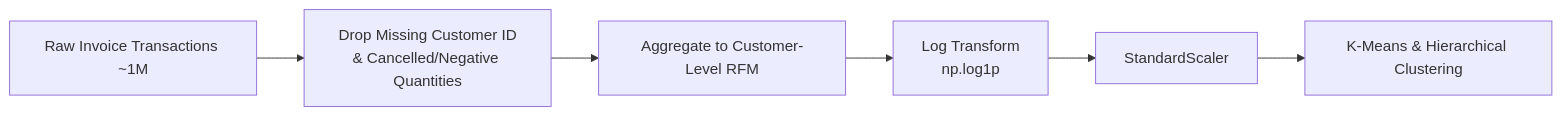
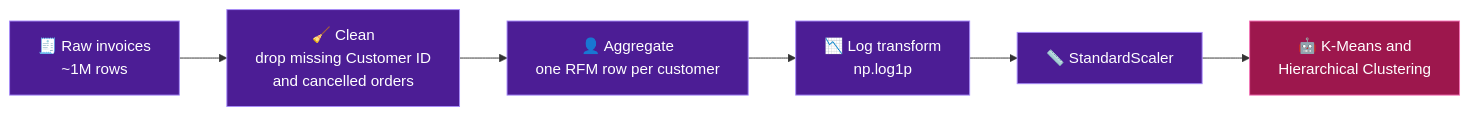
Before and after one commit to khaled-amireh/Customer-Segmentation-RFM: the first of 2 diagrams in README.md, drawn with Mermaid. The commit also changed other lines of this file, not shown here.

````diff
--- a/README.md
+++ b/README.md
@@ -60,8 +73,13 @@
 ```mermaid
 flowchart LR
-    A[Raw Invoice Transactions ~1M] --> B[Drop Missing Customer ID<br/>& Cancelled/Negative Quantities]
-    B --> C[Aggregate to Customer-Level RFM]
-    C --> D[Log Transform<br/>np.log1p]
-    D --> E[StandardScaler]
-    E --> F[K-Means & Hierarchical Clustering]
+    A["🧾 Raw invoices<br/>~1M rows"] --> B["🧹 Clean<br/>drop missing Customer ID<br/>and cancelled orders"]
+    B --> C["👤 Aggregate<br/>one RFM row per customer"]
+    C --> D["📉 Log transform<br/>np.log1p"]
+    D --> E["📏 StandardScaler"]
+    E --> F["🤖 K-Means and<br/>Hierarchical Clustering"]
+
+    classDef step fill:#4c1d95,stroke:#a78bfa,color:#fff;
+    classDef out fill:#9d174d,stroke:#f472b6,color:#fff;
+    class A,B,C,D,E step;
+    class F out;
 ```
````
